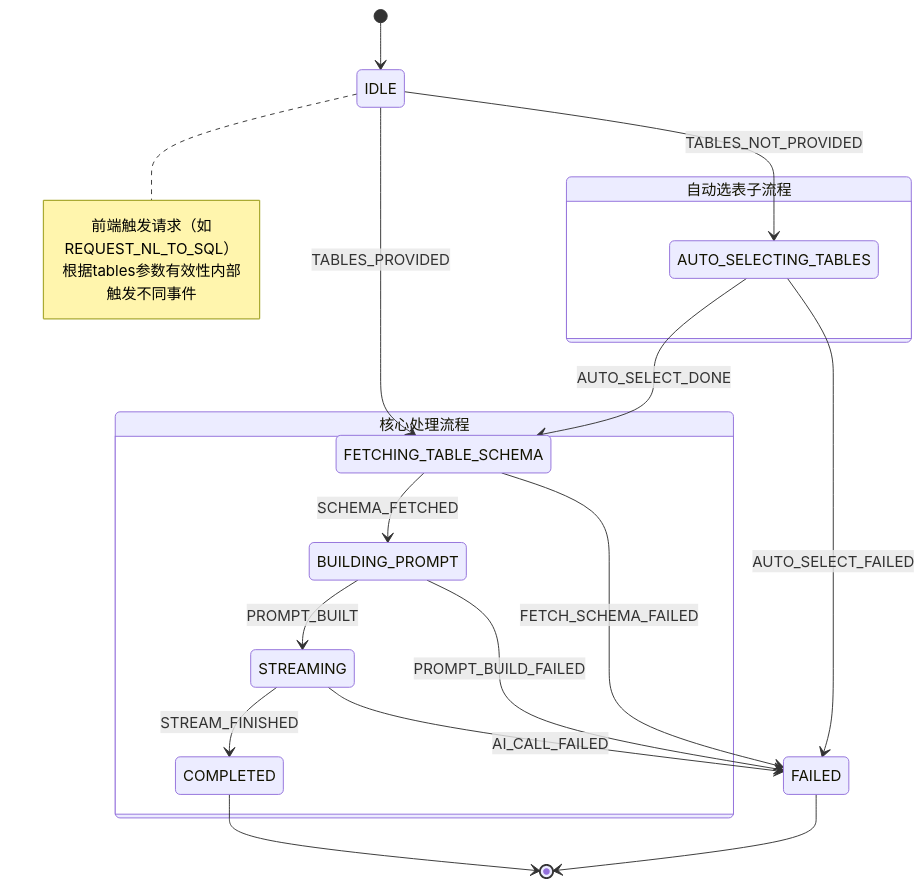
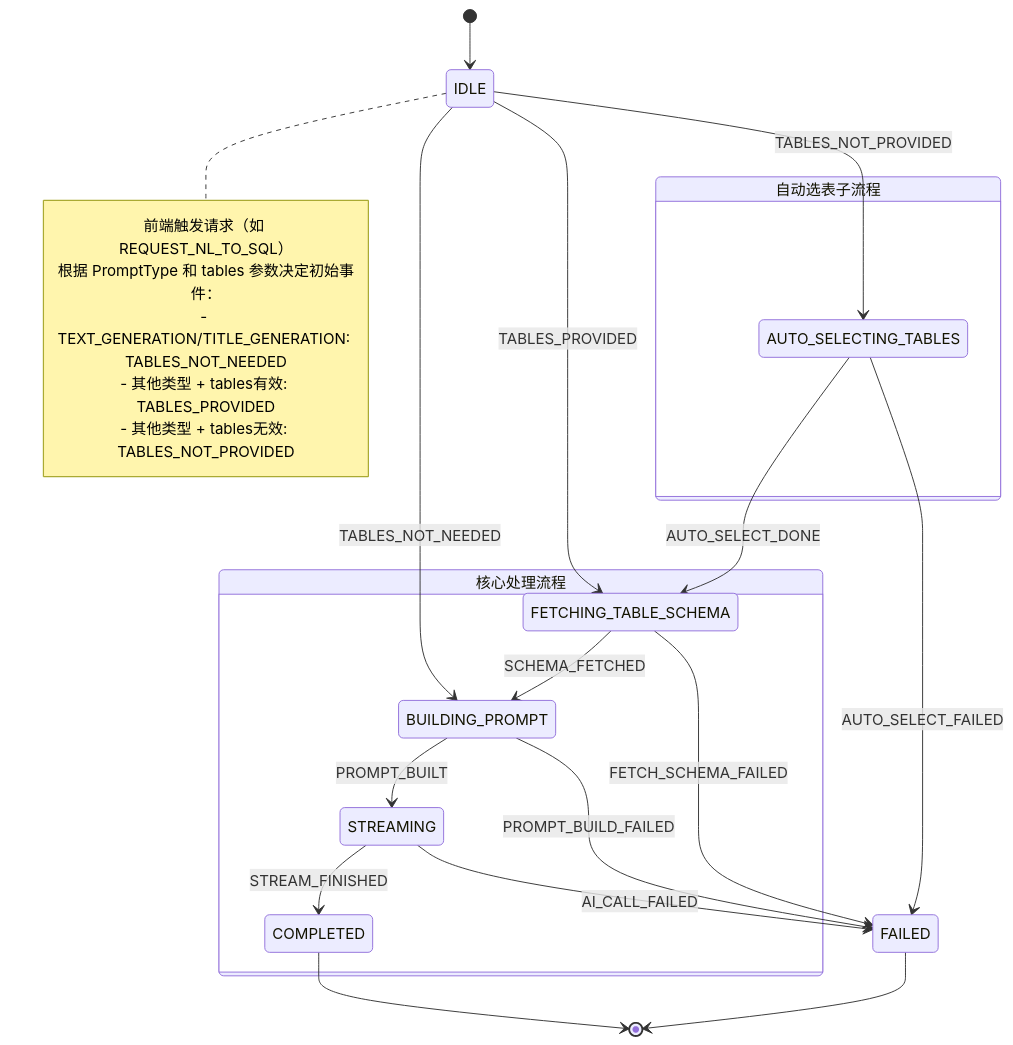
Before and after one commit to hejianjun/Chat2DB: the third of 3 diagrams in docs/StateMachine.md, drawn with Mermaid. The commit also changed other lines of this file and 5 other files, not shown here.

````diff
--- a/docs/StateMachine.md
+++ b/docs/StateMachine.md
@@ -106,30 +116,34 @@
 ```mermaid
 stateDiagram-v2
     [*] --> IDLE
 
     note right of IDLE
-        前端触发请求（如REQUEST_NL_TO_SQL）
-        根据tables参数有效性内部触发不同事件
+        前端触发请求（如 REQUEST_NL_TO_SQL）
+        根据 PromptType 和 tables 参数决定初始事件：
+        - TEXT_GENERATION/TITLE_GENERATION: TABLES_NOT_NEEDED
+        - 其他类型 + tables有效: TABLES_PROVIDED
+        - 其他类型 + tables无效: TABLES_NOT_PROVIDED
     end note
 
+    IDLE --> BUILDING_PROMPT: TABLES_NOT_NEEDED
     IDLE --> FETCHING_TABLE_SCHEMA: TABLES_PROVIDED
     IDLE --> AUTO_SELECTING_TABLES: TABLES_NOT_PROVIDED
 
     state 自动选表子流程 {
         AUTO_SELECTING_TABLES --> FETCHING_TABLE_SCHEMA: AUTO_SELECT_DONE
     }
 
     state 核心处理流程 {
         FETCHING_TABLE_SCHEMA --> BUILDING_PROMPT: SCHEMA_FETCHED
         BUILDING_PROMPT --> STREAMING: PROMPT_BUILT
         STREAMING --> COMPLETED: STREAM_FINISHED
     }
 
     AUTO_SELECTING_TABLES --> FAILED: AUTO_SELECT_FAILED
     FETCHING_TABLE_SCHEMA --> FAILED: FETCH_SCHEMA_FAILED
     BUILDING_PROMPT --> FAILED: PROMPT_BUILD_FAILED
     STREAMING --> FAILED: AI_CALL_FAILED
  
     COMPLETED --> [*]
     FAILED --> [*]
 ```
````
